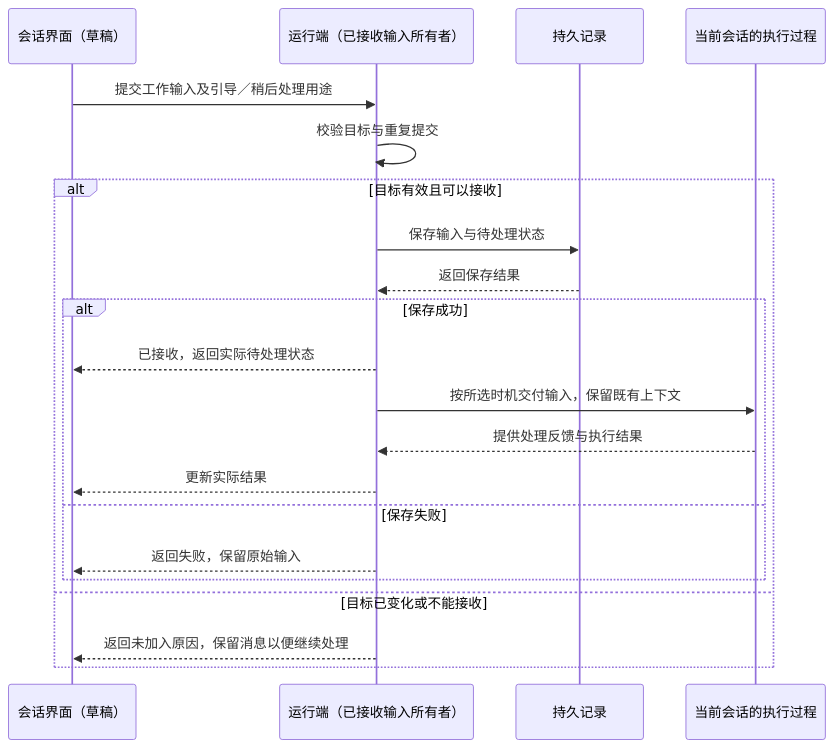
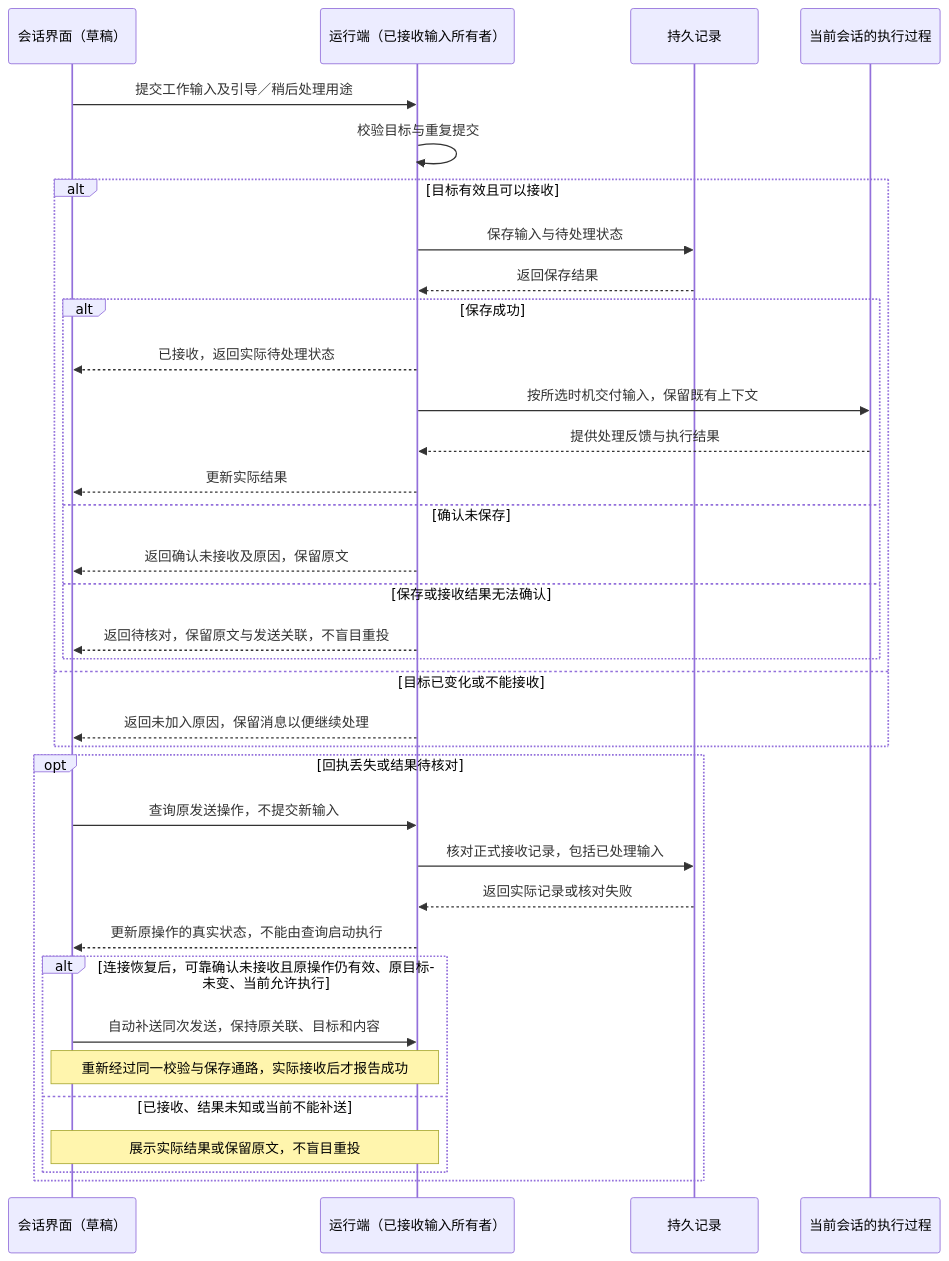
Before and after one commit to ssdiwu/dcode: diagram 14 of 14 in spec/工作台信息架构.md, drawn with Mermaid. The commit also changed other lines of this file and 313 other files, not shown here.

````diff
--- a/spec/工作台信息架构.md
+++ b/spec/工作台信息架构.md
@@ -256,23 +501,37 @@
 ```mermaid
 sequenceDiagram
     participant UI as 会话界面（草稿）
     participant Runtime as 运行端（已接收输入所有者）
     participant Store as 持久记录
     participant Agent as 当前会话的执行过程
     UI->>Runtime: 提交工作输入及引导／稍后处理用途
     Runtime->>Runtime: 校验目标与重复提交
     alt 目标有效且可以接收
         Runtime->>Store: 保存输入与待处理状态
         Store-->>Runtime: 返回保存结果
         alt 保存成功
             Runtime-->>UI: 已接收，返回实际待处理状态
             Runtime->>Agent: 按所选时机交付输入，保留既有上下文
             Agent-->>Runtime: 提供处理反馈与执行结果
             Runtime-->>UI: 更新实际结果
-        else 保存失败
-            Runtime-->>UI: 返回失败，保留原始输入
+        else 确认未保存
+            Runtime-->>UI: 返回确认未接收及原因，保留原文
+        else 保存或接收结果无法确认
+            Runtime-->>UI: 返回待核对，保留原文与发送关联，不盲目重投
         end
     else 目标已变化或不能接收
         Runtime-->>UI: 返回未加入原因，保留消息以便继续处理
     end
+    opt 回执丢失或结果待核对
+        UI->>Runtime: 查询原发送操作，不提交新输入
+        Runtime->>Store: 核对正式接收记录，包括已处理输入
+        Store-->>Runtime: 返回实际记录或核对失败
+        Runtime-->>UI: 更新原操作的真实状态，不能由查询启动执行
+        alt 连接恢复后，可靠确认未接收且原操作仍有效、原目标未变、当前允许执行
+            UI->>Runtime: 自动补送同次发送，保持原关联、目标和内容
+            Note over UI,Runtime: 重新经过同一校验与保存通路，实际接收后才报告成功
+        else 已接收、结果未知或当前不能补送
+            Note over UI,Runtime: 展示实际结果或保留原文，不盲目重投
+        end
+    end
 ```
````
